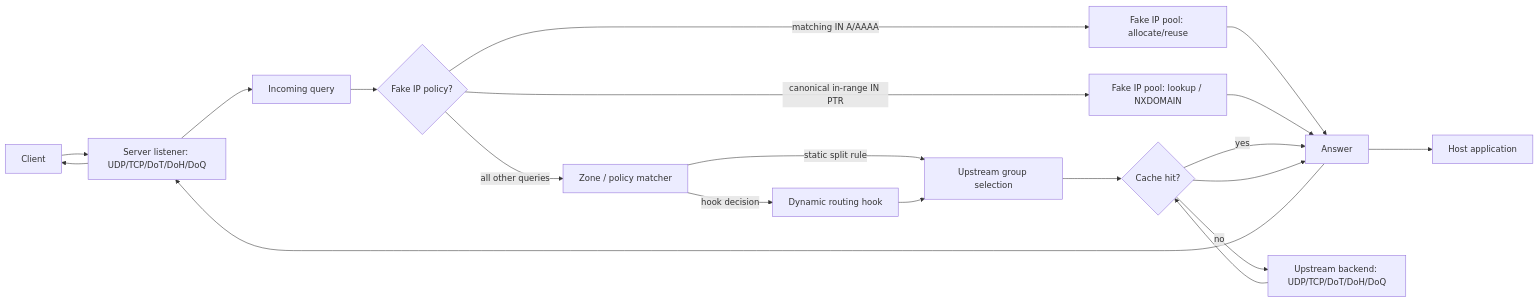
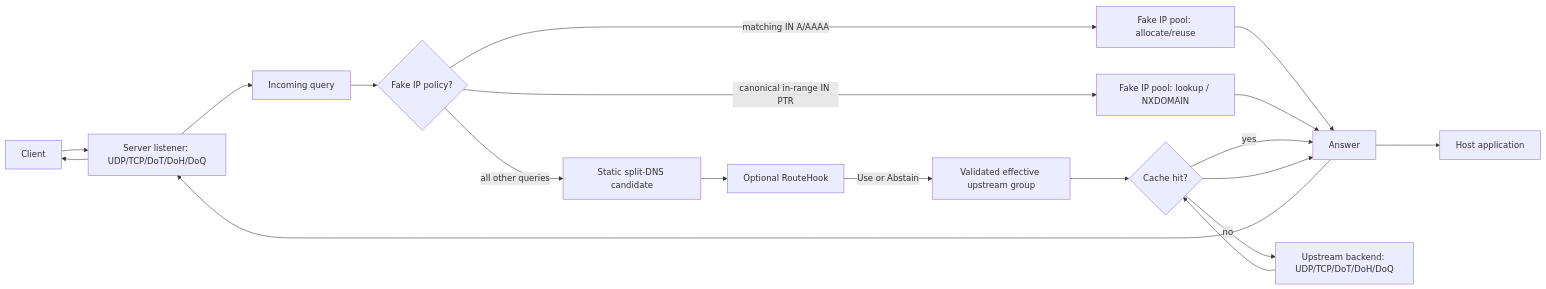
The first of 2 diagrams in ARCHITECTURE.md (F000NKKK/dns-lattice), drawn with Mermaid before and after one commit. The commit also changed other lines of this file and 11 other files, not shown here.

````diff
--- a/ARCHITECTURE.md
+++ b/ARCHITECTURE.md
@@ -139,22 +140,21 @@
 ```mermaid
 flowchart LR
     Client[Client] --> Listener[Server listener: UDP/TCP/DoT/DoH/DoQ]
     Listener --> Query[Incoming query]
     Query --> FakePolicy{Fake IP policy?}
     FakePolicy -->|matching IN A/AAAA| FakeIP[Fake IP pool: allocate/reuse]
     FakePolicy -->|canonical in-range IN PTR| Reverse[Fake IP pool: lookup / NXDOMAIN]
     FakeIP --> Answer[Answer]
     Reverse --> Answer
-    FakePolicy -->|all other queries| Match[Zone / policy matcher]
-    Match -->|hook decision| Hook[Dynamic routing hook]
-    Match -->|static split rule| Route[Upstream group selection]
-    Hook --> Route
+    FakePolicy -->|all other queries| Match[Static split-DNS candidate]
+    Match --> Hook[Optional RouteHook]
+    Hook -->|Use or Abstain| Route[Validated effective upstream group]
     Route --> Cache{Cache hit?}
     Cache -->|yes| Answer[Answer]
     Cache -->|no| Upstream[Upstream backend: UDP/TCP/DoT/DoH/DoQ]
     Upstream --> Cache
     Cache --> Answer
     Answer --> Host[Host application]
     Answer --> Listener
     Listener --> Client
 ```
````
